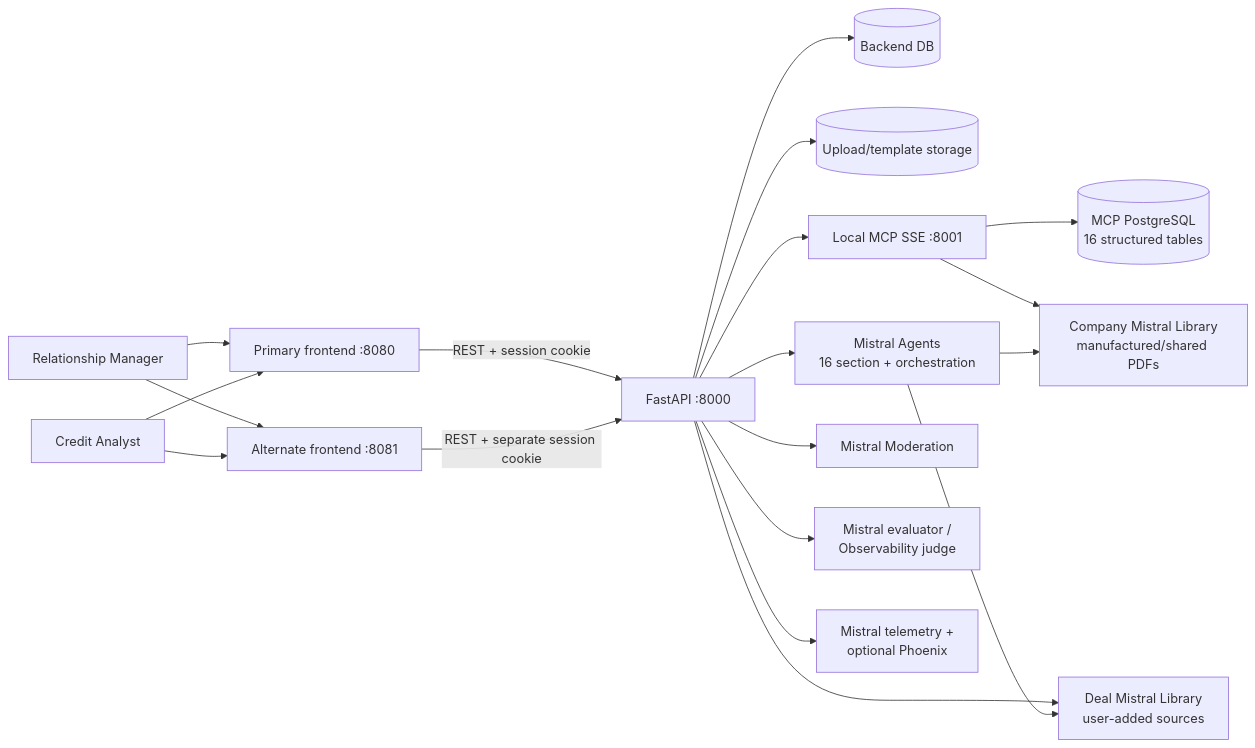
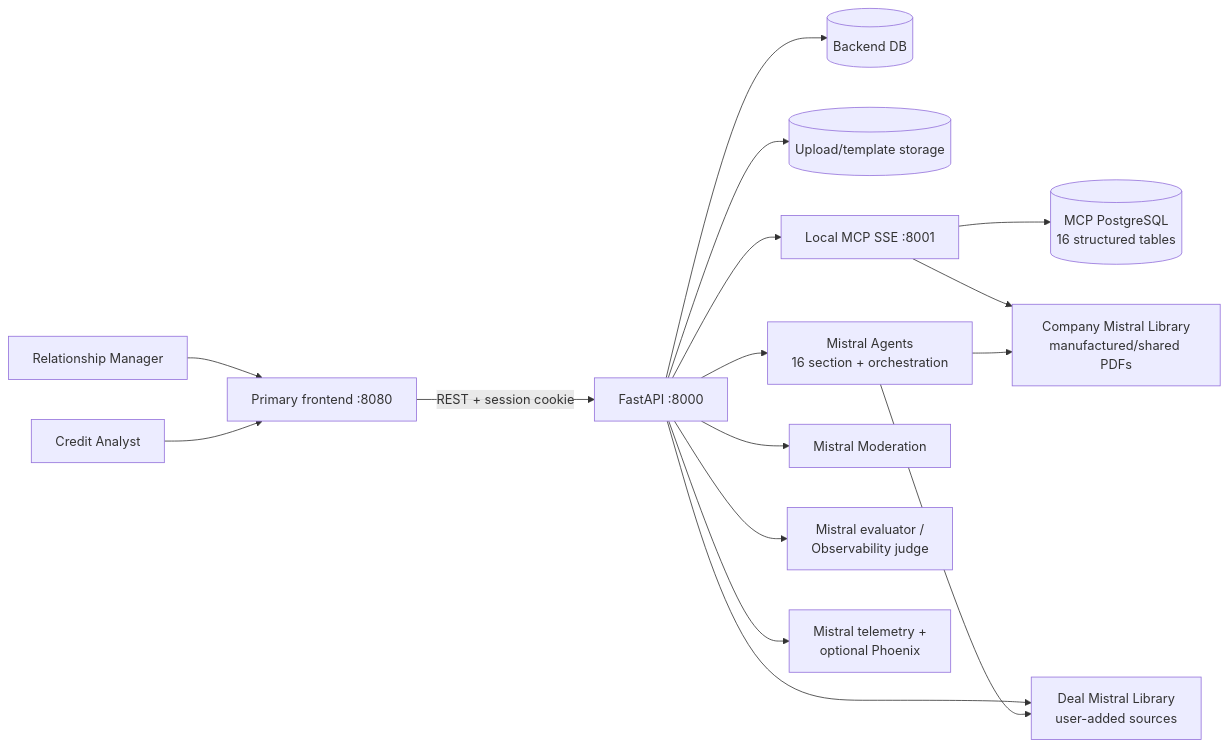
One commit to pb-roshith/credit-dossier-final-version- changed the first of 4 diagrams in architecture.md. Above: the diagram before and after it, drawn with Mermaid. The commit also changed other lines of this file and 112 other files, not shown here.

Commit message:
Remove alternate frontend and test fixtures

````diff
--- a/architecture.md
+++ b/architecture.md
@@ -7,25 +7,21 @@
 ```mermaid
 flowchart LR
     RM[Relationship Manager] --> UI1[Primary frontend :8080]
     CA[Credit Analyst] --> UI1
-    RM --> UI2[Alternate frontend :8081]
-    CA --> UI2
-
     UI1 -->|REST + session cookie| API[FastAPI :8000]
-    UI2 -->|REST + separate session cookie| API
 
     API --> APPDB[(Backend DB)]
     API --> DISK[(Upload/template storage)]
     API --> MCP[Local MCP SSE :8001]
     MCP --> MCPDB[(MCP PostgreSQL\n16 structured tables)]
     MCP --> COMPANYLIB[Company Mistral Library\nmanufactured/shared PDFs]
 
     API --> DEAL_LIB[Deal Mistral Library\nuser-added sources]
     API --> AGENTS[Mistral Agents\n16 section + orchestration]
     API --> MOD[Mistral Moderation]
     API --> JUDGE[Mistral evaluator /\nObservability judge]
     API --> OTEL[Mistral telemetry +\noptional Phoenix]
 
     AGENTS --> COMPANYLIB
     AGENTS --> DEAL_LIB
 ```
````
